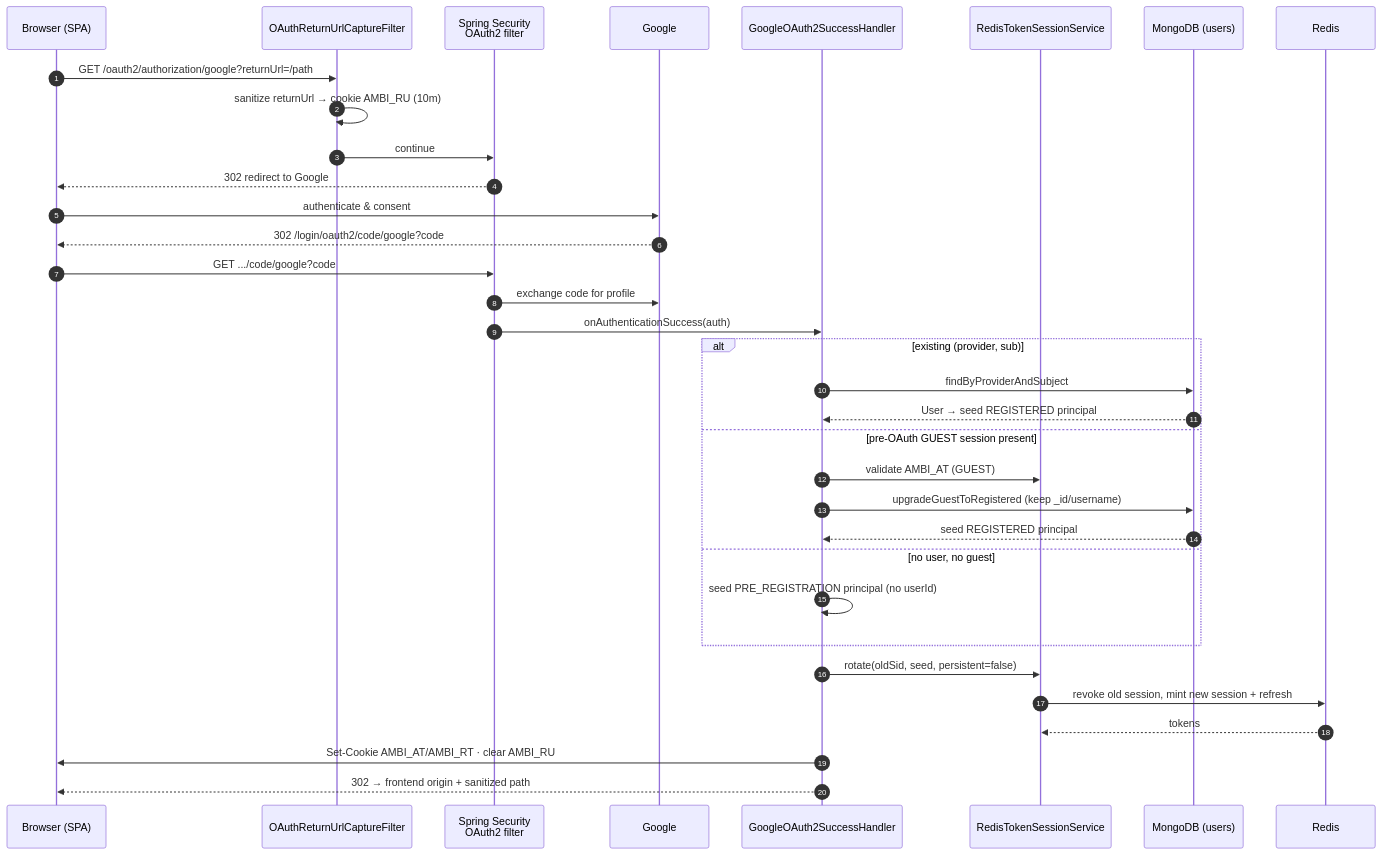
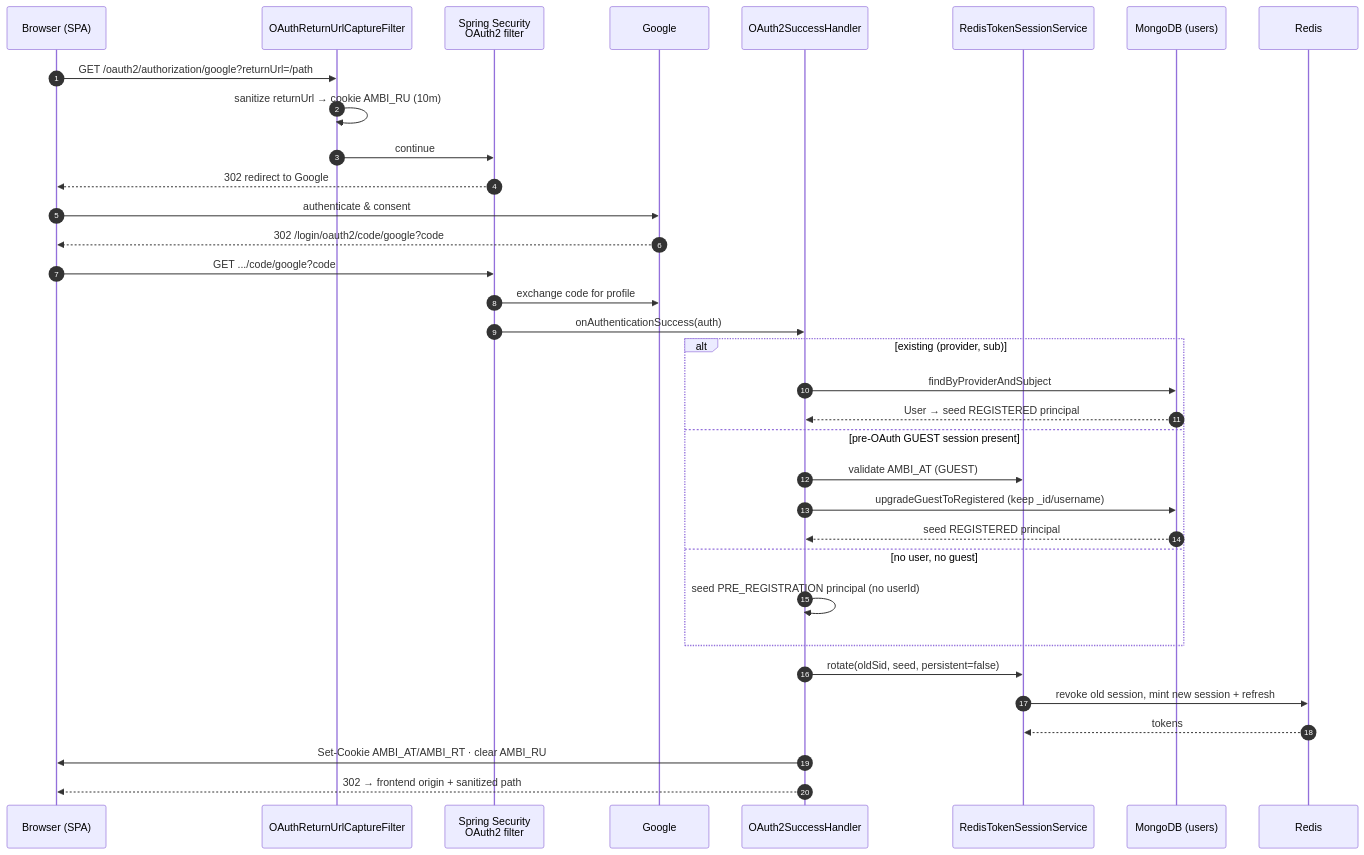
One commit to Saganaut/ambi changed the second of 5 diagrams in z-docs/diagrams/authentication.md. Above: the diagram before and after it, drawn with Mermaid. The commit also changed other lines of this file and 18 other files, not shown here.

````diff
--- a/z-docs/diagrams/authentication.md
+++ b/z-docs/diagrams/authentication.md
@@ -41,39 +47,39 @@
 ```mermaid
 sequenceDiagram
     autonumber
     participant FE as Browser (SPA)
     participant CAP as OAuthReturnUrlCaptureFilter
     participant SEC as Spring Security<br/>OAuth2 filter
     participant GOOG as Google
-    participant SH as GoogleOAuth2SuccessHandler
+    participant SH as OAuth2SuccessHandler
     participant TS as RedisTokenSessionService
     participant DB as MongoDB (users)
     participant R as Redis
 
     FE->>CAP: GET /oauth2/authorization/google?returnUrl=/path
     CAP->>CAP: sanitize returnUrl → cookie AMBI_RU (10m)
     CAP->>SEC: continue
     SEC-->>FE: 302 redirect to Google
     FE->>GOOG: authenticate & consent
     GOOG-->>FE: 302 /login/oauth2/code/google?code
     FE->>SEC: GET .../code/google?code
     SEC->>GOOG: exchange code for profile
     SEC->>SH: onAuthenticationSuccess(auth)
 
     alt existing (provider, sub)
         SH->>DB: findByProviderAndSubject
         DB-->>SH: User → seed REGISTERED principal
     else pre-OAuth GUEST session present
         SH->>TS: validate AMBI_AT (GUEST)
         SH->>DB: upgradeGuestToRegistered (keep _id/username)
         DB-->>SH: seed REGISTERED principal
     else no user, no guest
         SH->>SH: seed PRE_REGISTRATION principal (no userId)
     end
 
     SH->>TS: rotate(oldSid, seed, persistent=false)
     TS->>R: revoke old session, mint new session + refresh
     R-->>TS: tokens
     SH->>FE: Set-Cookie AMBI_AT/AMBI_RT · clear AMBI_RU
     SH-->>FE: 302 → frontend origin + sanitized path
 ```
````
